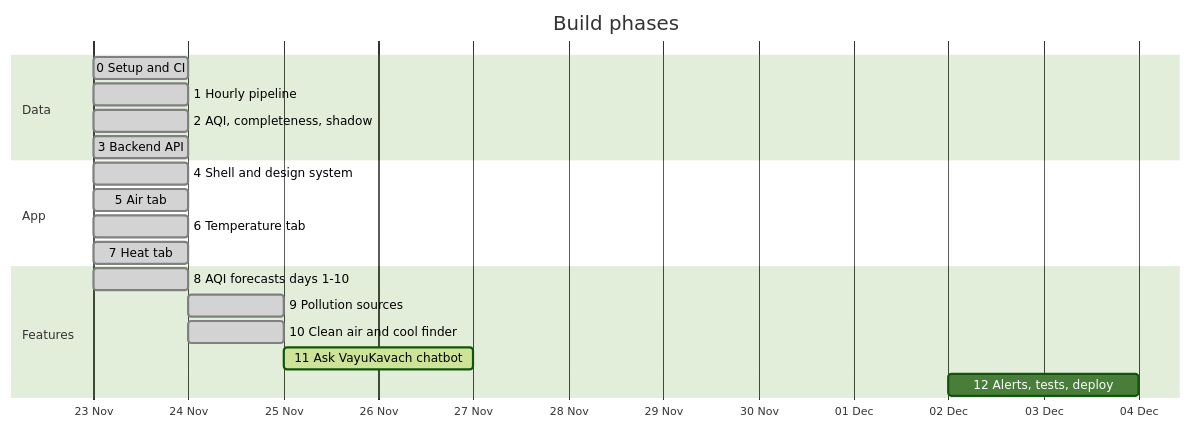
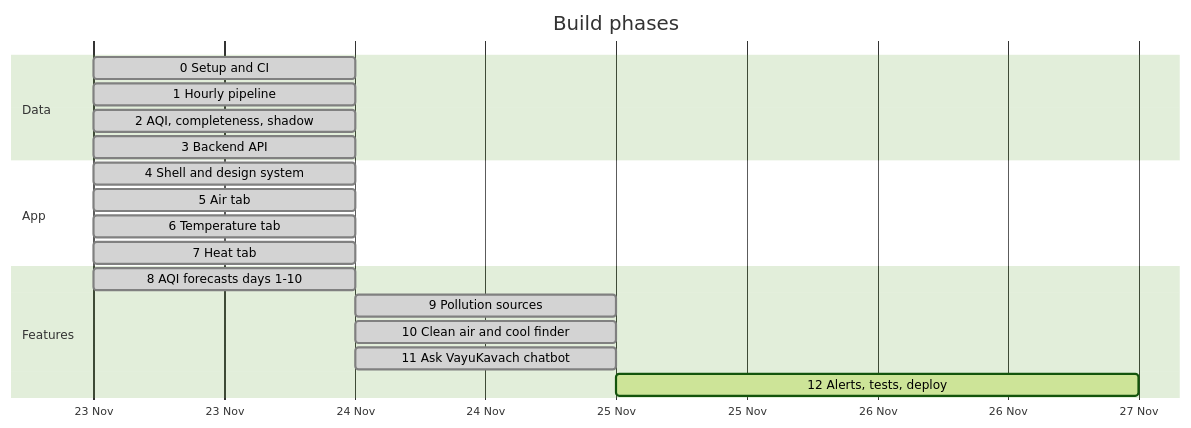
Before and after one commit to tanaygit0530/Vayukavach: the seventh of 7 diagrams in README.md, drawn with Mermaid (forest theme). The commit also changed other lines of this file and 27 other files, not shown here.

Commit message:
Phase 11: Ask VayuKavach chatbot (Gemini/Ollama/rules engines over VayuKavach tools, sources from tool results, en/hi/mr, /ask page)

````diff
--- a/README.md
+++ b/README.md
@@ -331,22 +331,22 @@
 ```mermaid
 gantt
   title Build phases
   dateFormat YYYY-MM-DD
   axisFormat %d %b
   section Data
   0 Setup and CI                 :done, 2026-11-23, 1d
   1 Hourly pipeline              :done, 2026-11-23, 1d
   2 AQI, completeness, shadow    :done, 2026-11-23, 1d
   3 Backend API                  :done, 2026-11-23, 1d
   section App
   4 Shell and design system      :done, 2026-11-23, 1d
   5 Air tab                      :done, 2026-11-23, 1d
   6 Temperature tab              :done, 2026-11-23, 1d
   7 Heat tab                     :done, 2026-11-23, 1d
   section Features
   8 AQI forecasts days 1-10      :done, 2026-11-23, 1d
   9 Pollution sources            :done, 2026-11-24, 1d
   10 Clean air and cool finder   :done, 2026-11-24, 1d
-  11 Ask VayuKavach chatbot      :active, 2026-11-25, 2d
-  12 Alerts, tests, deploy       :2026-12-02, 2d
+  11 Ask VayuKavach chatbot      :done, 2026-11-24, 1d
+  12 Alerts, tests, deploy       :active, 2026-11-25, 2d
 ```
````
